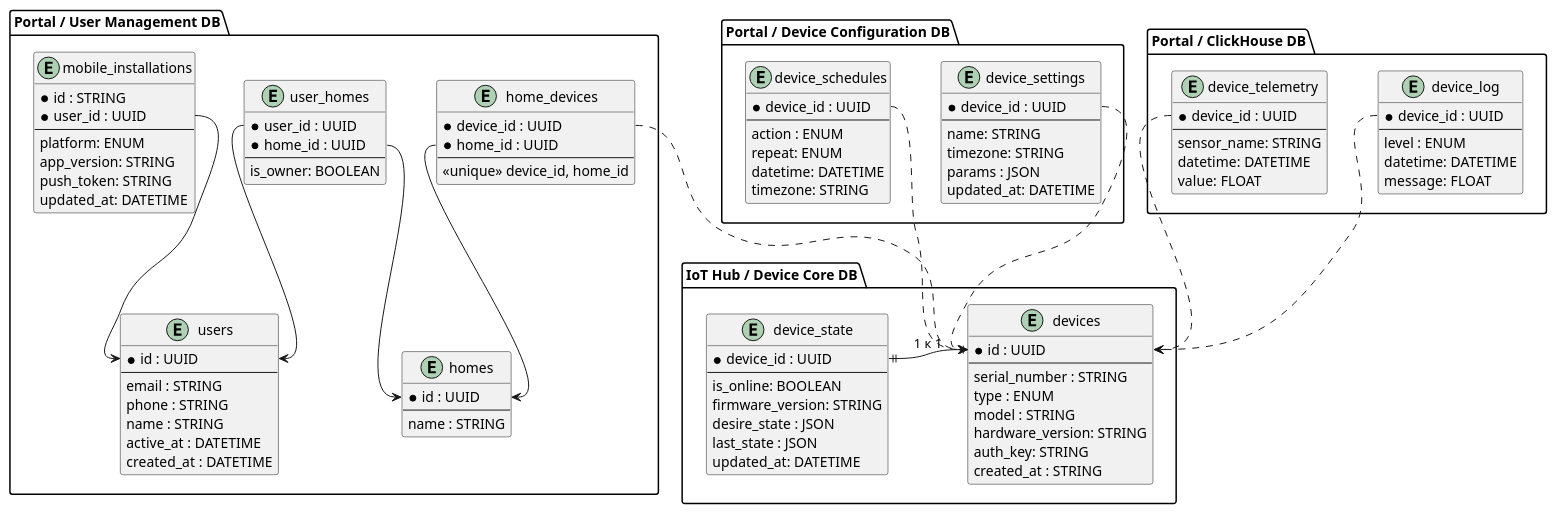
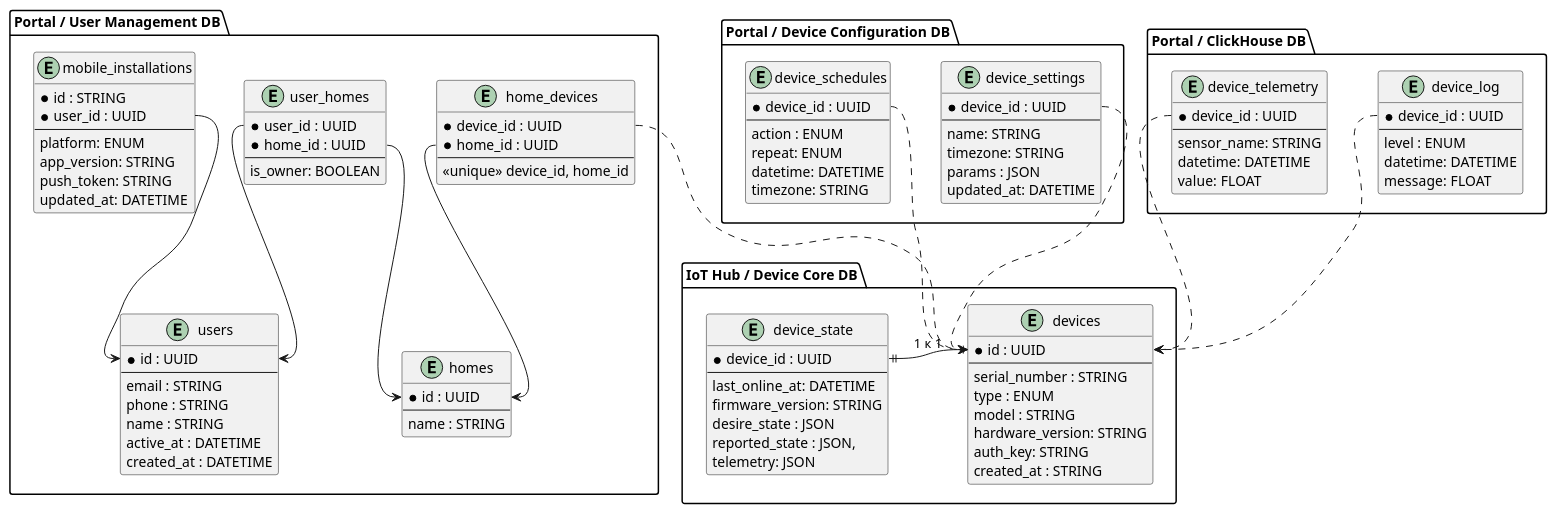
The diagram in tasks/task-1-2/er-diagram.puml (sapl/yandex-practicum-sprint-3), drawn with PlantUML before and after one commit. The commit also changed 30 other files, not shown here.

```diff
--- a/tasks/task-1-2/er-diagram.puml
+++ b/tasks/task-1-2/er-diagram.puml
@@ -1,123 +1,123 @@
 @startuml
 
 
 package "IoT Hub / Device Core DB" {
 
     entity devices {
         * id : UUID
         --
         serial_number : STRING
         type : ENUM
         model : STRING
         hardware_version: STRING
         auth_key: STRING
         created_at : STRING
     }
 
 
     entity device_state {
         * device_id : UUID
         --
-        is_online: BOOLEAN
+        last_online_at: DATETIME
         firmware_version: STRING
         desire_state : JSON
-        last_state : JSON
-        updated_at: DATETIME
+        reported_state : JSON,
+        telemetry: JSON
     }
 
     device_state::device_id ||-|| devices::id : 1 к 1
 }
 
 package "Portal / User Management DB" {
     entity users {
         * id : UUID
         --
         email : STRING
         phone : STRING
         name : STRING
         active_at : DATETIME
         created_at : DATETIME
     }
 
     entity homes {
         * id : UUID
         --
         name : STRING
     }
 
     entity user_homes {
         * user_id : UUID
         * home_id : UUID
         --
         is_owner: BOOLEAN
     }
 
     entity home_devices {
         * device_id : UUID
         * home_id : UUID
         --
         <<unique>> device_id, home_id
     }
 
     entity mobile_installations {
         * id : STRING
         * user_id : UUID
         --
         platform: ENUM
         app_version: STRING
         push_token: STRING
         updated_at: DATETIME
     }
 
     home_devices::home_id  --> homes::id
     user_homes::home_id  --> homes::id
     user_homes::user_id  --> users::id
     mobile_installations::user_id --> users::id
 }
 
 package "Portal / Device Configuration DB" {
     entity device_schedules {
         * device_id : UUID
         --
         action : ENUM
         repeat: ENUM
         datetime: DATETIME
         timezone: STRING
     }
 
      entity device_settings {
         * device_id : UUID
         --
         name: STRING
         timezone: STRING
         params : JSON
         updated_at: DATETIME
      }
 }
 
 package "Portal / ClickHouse DB" {
     entity device_telemetry {
         * device_id : UUID
         --
         sensor_name: STRING
         datetime: DATETIME
         value: FLOAT
     }
 
     entity device_log {
         * device_id : UUID
         --
         level : ENUM
         datetime: DATETIME
         message: FLOAT
     }
 }
 
 
 home_devices::device_id  .-> devices::id
 device_telemetry::device_id  .-> devices::id
 device_log::device_id  .-> devices::id
 device_schedules::device_id  .-> devices::id
 device_settings::device_id  .-> devices::id
 
 @enduml
```
